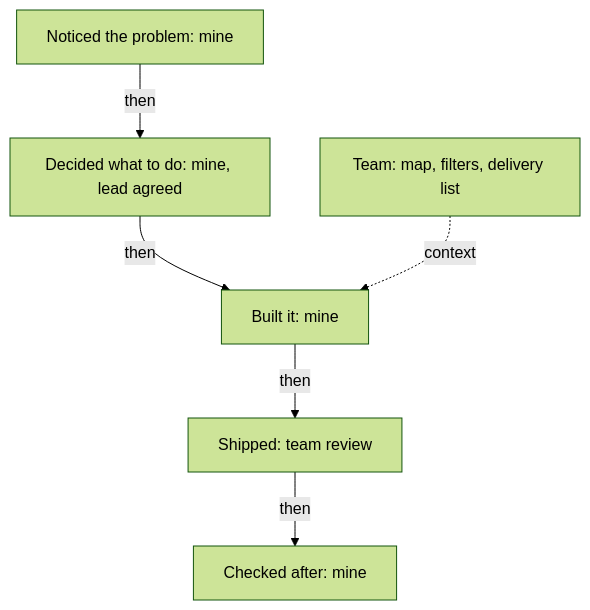
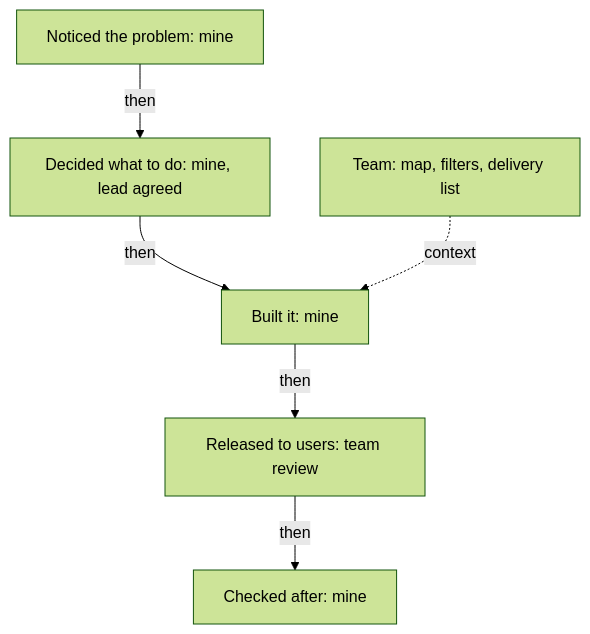
The diagram in courses/founder-interviews/01-stories-you-owned/01.03-your-part-and-the-team.md (devweekends/Buildment), drawn with Mermaid (forest theme) before and after one commit. The commit also changed other lines of this file and 12 other files, not shown here.

````diff
--- a/courses/founder-interviews/01-stories-you-owned/01.03-your-part-and-the-team.md
+++ b/courses/founder-interviews/01-stories-you-owned/01.03-your-part-and-the-team.md
@@ -61,8 +61,8 @@
 ```mermaid
 flowchart TD
   A["Noticed the problem: mine"] -->|"then"| B["Decided what to do: mine, lead agreed"]
   B -->|"then"| C["Built it: mine"]
-  C -->|"then"| D["Shipped: team review"]
+  C -->|"then"| D["Released to users: team review"]
   D -->|"then"| E["Checked after: mine"]
   F["Team: map, filters, delivery list"] -.->|"context"| C
 ```
````
